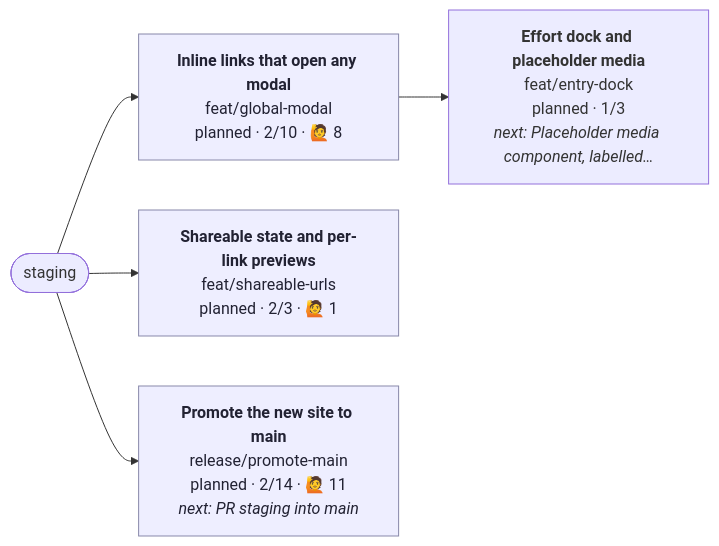
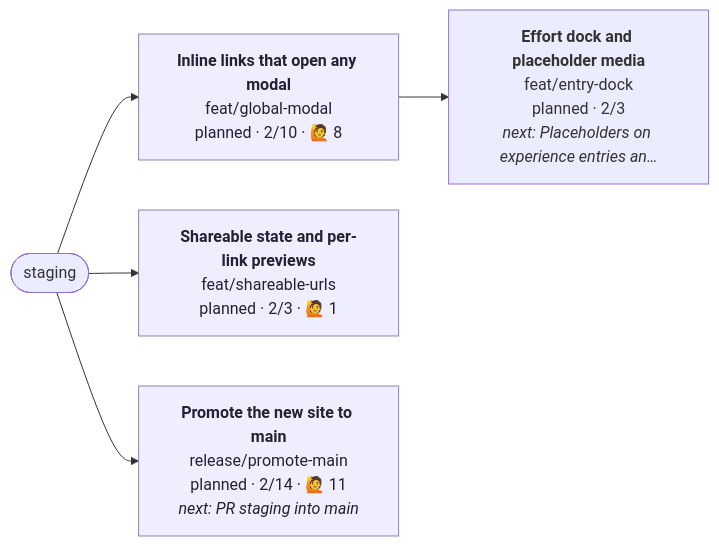
The diagram in CONTRIBUTING.md (henryjonescodes/portfolio), drawn with Mermaid before and after one commit. The commit also changed other lines of this file, not shown here.

````diff
--- a/CONTRIBUTING.md
+++ b/CONTRIBUTING.md
@@ -5,21 +5,21 @@
 ```mermaid
 flowchart LR
   n_staging([staging])
-  n_feat_entry_dock["<b>Effort dock and placeholder media</b><br/>feat/entry-dock<br/>planned · 1/3<br/><i>next: Placeholder media component, labelled…</i>"]
+  n_feat_entry_dock["<b>Effort dock and placeholder media</b><br/>feat/entry-dock<br/>planned · 2/3<br/><i>next: Placeholders on experience entries an…</i>"]
   class n_feat_entry_dock planned,current
   n_feat_global_modal --> n_feat_entry_dock
   n_feat_global_modal["<b>Inline links that open any modal</b><br/>feat/global-modal<br/>planned · 2/10 · 🙋 8"]
   class n_feat_global_modal planned
   n_staging --> n_feat_global_modal
   n_feat_shareable_urls["<b>Shareable state and per-link previews</b><br/>feat/shareable-urls<br/>planned · 2/3 · 🙋 1"]
   class n_feat_shareable_urls planned
   n_staging --> n_feat_shareable_urls
   n_release_promote_main["<b>Promote the new site to main</b><br/>release/promote-main<br/>planned · 2/14 · 🙋 11<br/><i>next: PR staging into main</i>"]
   class n_release_promote_main planned
   n_staging --> n_release_promote_main
   classDef planned fill:#eef,stroke:#88a,color:#223
   classDef active fill:#dfd,stroke:#3a3,stroke-width:3px,color:#132
   classDef blocked fill:#fdd,stroke:#c33,color:#311
   classDef review fill:#ffd,stroke:#cc3,color:#331
   classDef current stroke:#06c,stroke-width:4px
 ```
````
